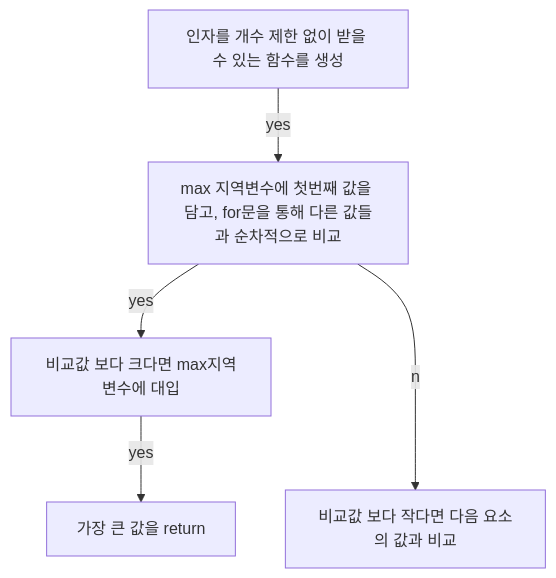
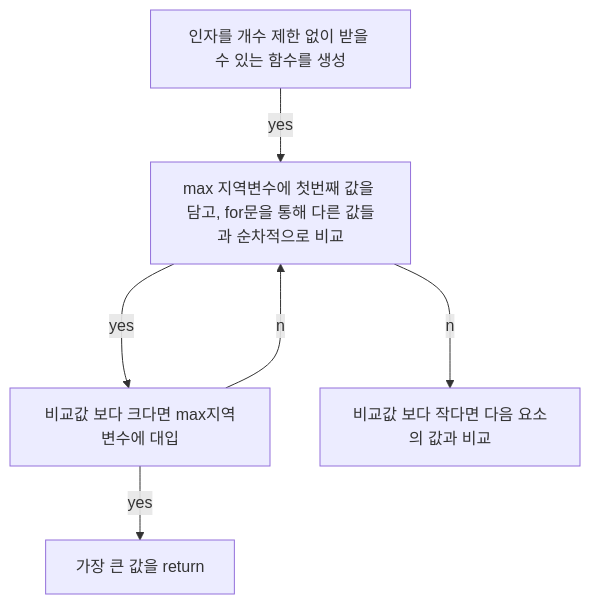
One commit to mchaemil/mchaemil.github.io changed the first of 2 diagrams in _posts/2019-12-06-my-Presentation.md. Above: the diagram before and after it, drawn with Mermaid.

Commit message:
update post

````diff
--- a/_posts/2019-12-06-my-Presentation.md
+++ b/_posts/2019-12-06-my-Presentation.md
@@ -20,12 +20,13 @@
 ```mermaid
 graph TB;
     A[인자를 개수 제한 없이 받을 수 있는 함수를 생성]
     B[max 지역변수에 첫번째 값을 담고, for문을 통해 다른 값들과 순차적으로 비교]
     C[비교값 보다 크다면 max지역변수에 대입]
     D[비교값 보다 작다면 다음 요소의 값과 비교]
     E[가장 큰 값을 return]
     A--yes-->B;
     B--yes-->C;
     B--no-->D;
+    C--no-->B;	
     C--yes-->E;
 ```
````
